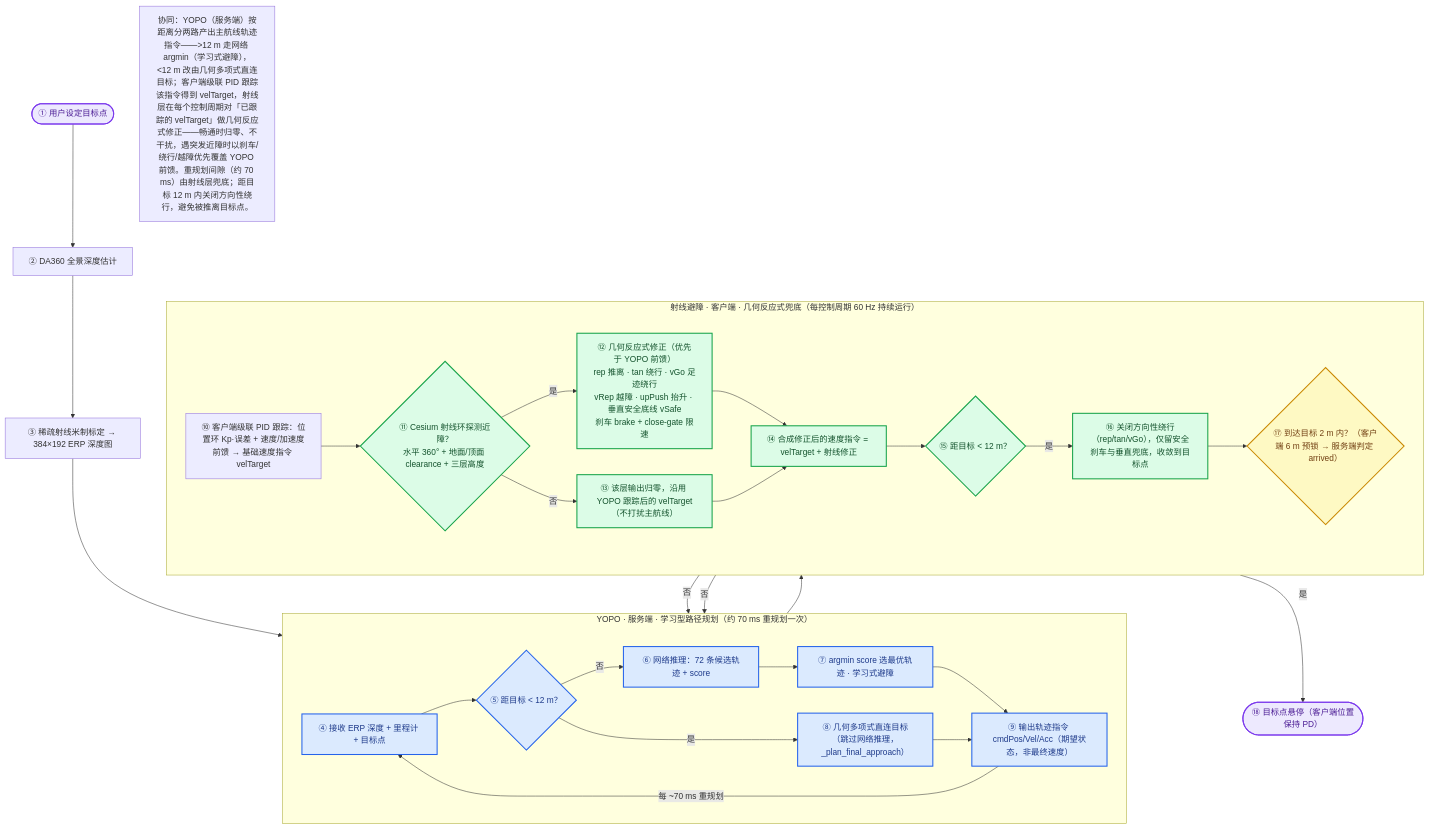
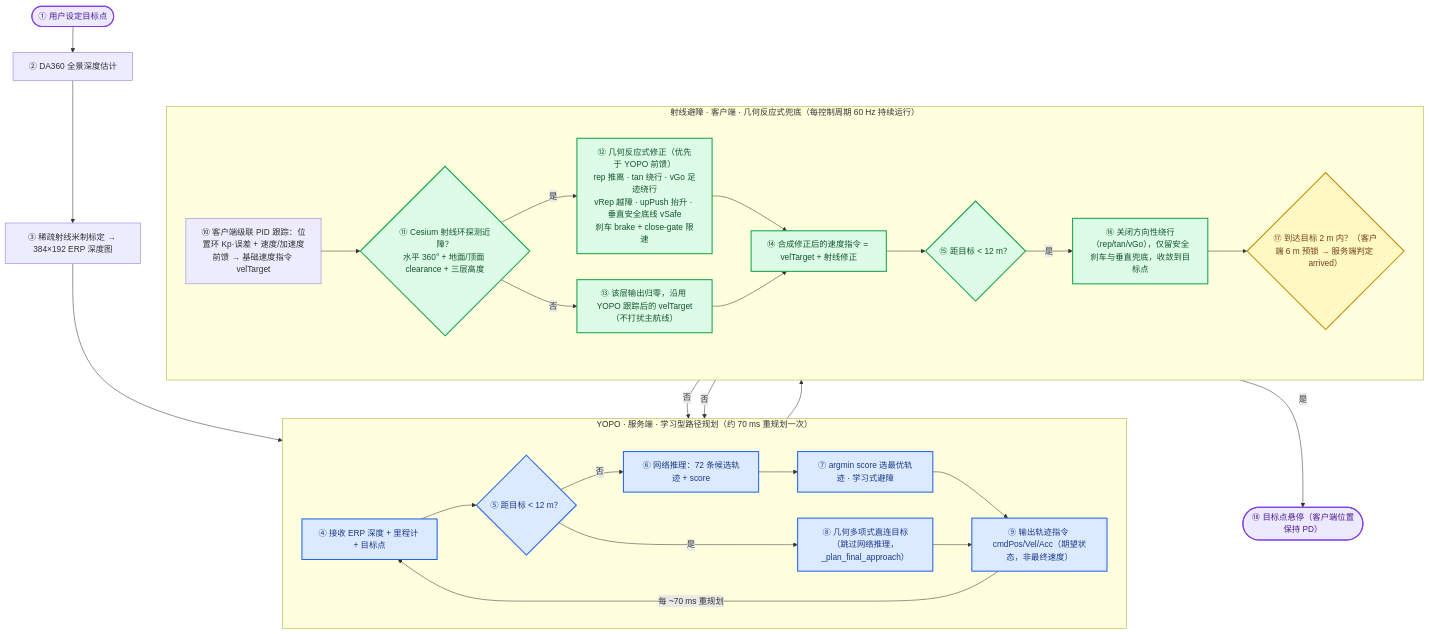
Before and after one commit to wuuwuu26/MindCloud_World_Fly_Private: the diagram in README.md, drawn with Mermaid. The commit also changed 1 other file, not shown here.

Commit message:
docs: 移除流程图中重复的协同说明 Note 节点

````diff
--- a/README.md
+++ b/README.md
@@ -69,48 +69,46 @@
 ```mermaid
 flowchart TD
     classDef yopo fill:#dbeafe,stroke:#2563eb,stroke-width:2px,color:#1e3a8a;
     classDef ray fill:#dcfce7,stroke:#16a34a,stroke-width:2px,color:#14532d;
     classDef dec fill:#fef9c3,stroke:#ca8a04,stroke-width:2px,color:#713f12;
     classDef term fill:#ede9fe,stroke:#7c3aed,stroke-width:2px,color:#4c1d95;
 
     Start([① 用户设定目标点]) --> Depth[② DA360 全景深度估计]
     Depth --> Calib[③ 稀疏射线米制标定 → 384×192 ERP 深度图]
     Calib --> YIN
 
     subgraph YOPO["YOPO · 服务端 · 学习型路径规划（约 70 ms 重规划一次）"]
         direction LR
         YIN[④ 接收 ERP 深度 + 里程计 + 目标点]
         YIN --> Dist{⑤ 距目标 < 12 m？}
         Dist -->|否| Cands[⑥ 网络推理：72 条候选轨迹 + score]
         Cands --> Argmin[⑦ argmin score 选最优轨迹 · 学习式避障]
         Dist -->|是| Poly[⑧ 几何多项式直连目标<br/>（跳过网络推理，_plan_final_approach）]
         Argmin --> Cmd[⑨ 输出轨迹指令 cmdPos/Vel/Acc（期望状态，非最终速度）]
         Poly --> Cmd
         Cmd -->|每 ~70 ms 重规划| YIN
     end
     class YIN,Dist,Cands,Argmin,Poly,Cmd yopo;
 
     Cmd --> Track[⑩ 客户端级联 PID 跟踪：位置环 Kp·误差 + 速度/加速度前馈 → 基础速度指令 velTarget]
 
     subgraph RAY["射线避障 · 客户端 · 几何反应式兜底（每控制周期 60 Hz 持续运行）"]
         direction LR
         Track --> Probe{"⑪ Cesium 射线环探测近障？<br/>水平 360° + 地面/顶面 clearance + 三层高度"}
         Probe -->|是| Field["⑫ 几何反应式修正（优先于 YOPO 前馈）<br/>rep 推离 · tan 绕行 · vGo 足迹绕行<br/>vRep 越障 · upPush 抬升 · 垂直安全底线 vSafe<br/>刹车 brake + close-gate 限速"]
         Probe -->|否| Zero["⑬ 该层输出归零，沿用 YOPO 跟踪后的 velTarget（不打扰主航线）"]
         Field --> Synth[⑭ 合成修正后的速度指令 = velTarget + 射线修正]
         Zero --> Synth
         Synth --> Near{⑮ 距目标 < 12 m？}
         Near -->|是| Converge["⑯ 关闭方向性绕行（rep/tan/vGo），仅留安全刹车与垂直兜底，收敛到目标点"]
         Converge --> Arrive
         Near -->|否| YIN
     end
     class Probe,Field,Zero,Synth,Near,Converge ray;
 
     Arrive{"⑰ 到达目标 2 m 内？（客户端 6 m 预锁 → 服务端判定 arrived）"}
     Arrive -->|否| YIN
     Arrive -->|是| End([⑱ 目标点悬停（客户端位置保持 PD）])
     class Arrive dec;
     class Start,End term;
-
-    Note["协同：YOPO（服务端）按距离分两路产出主航线轨迹指令——>12 m 走网络 argmin（学习式避障），<12 m 改由几何多项式直连目标；客户端级联 PID 跟踪该指令得到 velTarget，射线层在每个控制周期对「已跟踪的 velTarget」做几何反应式修正——畅通时归零、不干扰，遇突发近障时以刹车/绕行/越障优先覆盖 YOPO 前馈。重规划间隙（约 70 ms）由射线层兜底；距目标 12 m 内关闭方向性绕行，避免被推离目标点。"]
 ```
````
